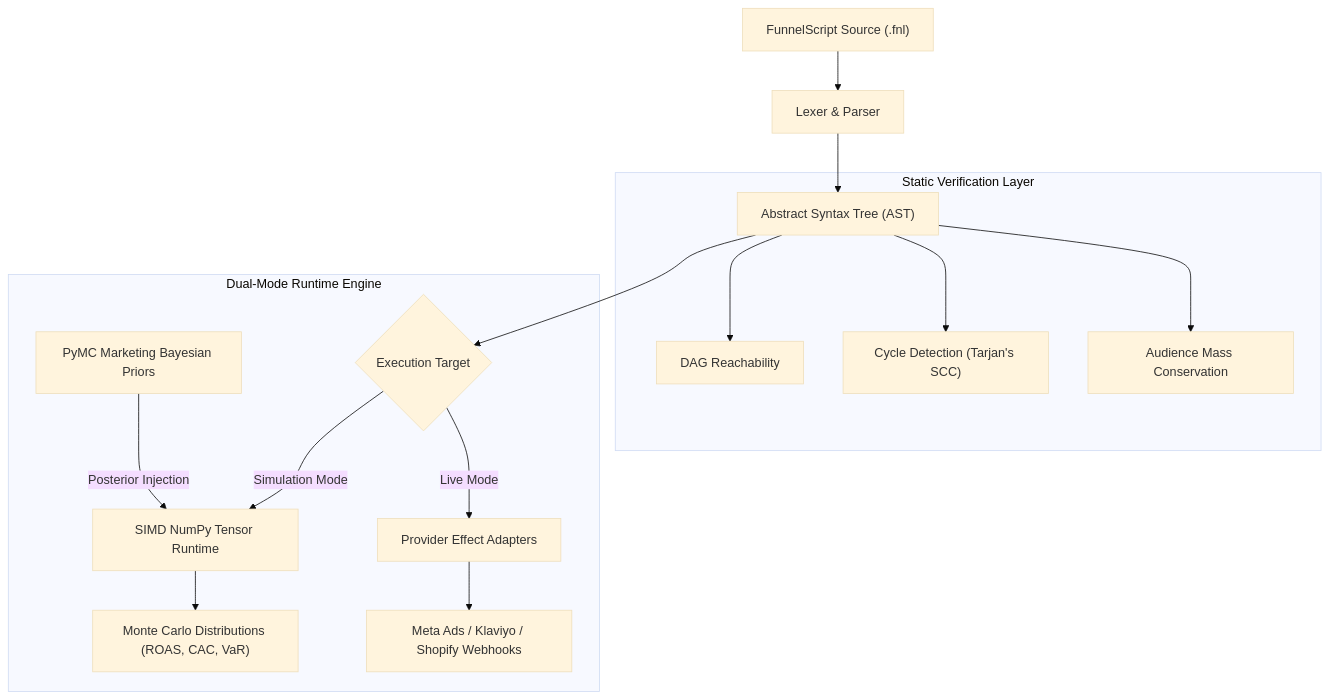
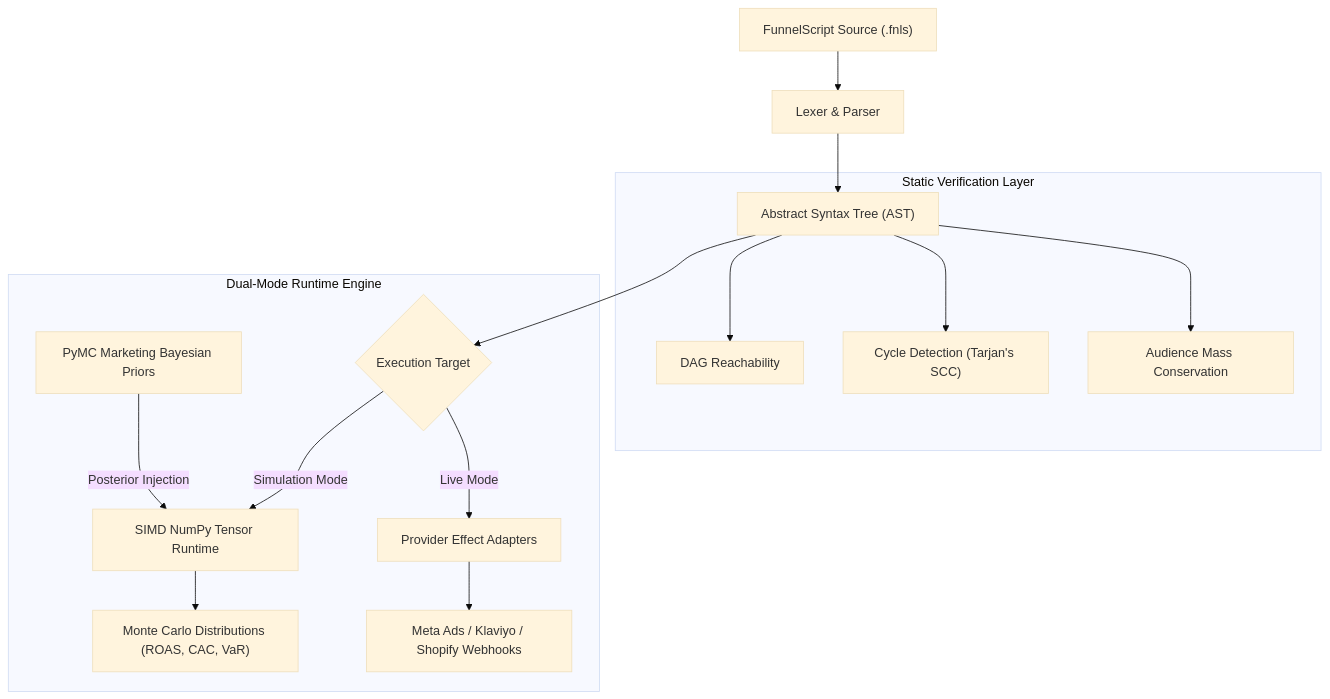
Before and after one commit to funnelscript/funnelscript-research: the diagram in notebooks/executive_engineering_notebook.md, drawn with Mermaid (base theme). The commit also changed other lines of this file and 27 other files, not shown here.

````diff
--- a/notebooks/executive_engineering_notebook.md
+++ b/notebooks/executive_engineering_notebook.md
@@ -67,21 +67,21 @@
 ```mermaid
 graph TD
-    A["FunnelScript Source (.fnl)"] --> B["Lexer & Parser"]
+    A["FunnelScript Source (.fnls)"] --> B["Lexer & Parser"]
     B --> C["Abstract Syntax Tree (AST)"]
     
     subgraph Verification ["Static Verification Layer"]
         C --> D["DAG Reachability"]
         C --> E["Cycle Detection (Tarjan's SCC)"]
         C --> F["Audience Mass Conservation"]
     end
     
     subgraph Execution ["Dual-Mode Runtime Engine"]
         C --> G{"Execution Target"}
         G -->|"Simulation Mode"| H["SIMD NumPy Tensor Runtime"]
         G -->|"Live Mode"| I["Provider Effect Adapters"]
         
         J["PyMC Marketing Bayesian Priors"] -->|"Posterior Injection"| H
         H --> K["Monte Carlo Distributions (ROAS, CAC, VaR)"]
         I --> L["Meta Ads / Klaviyo / Shopify Webhooks"]
     end
 ```
````
